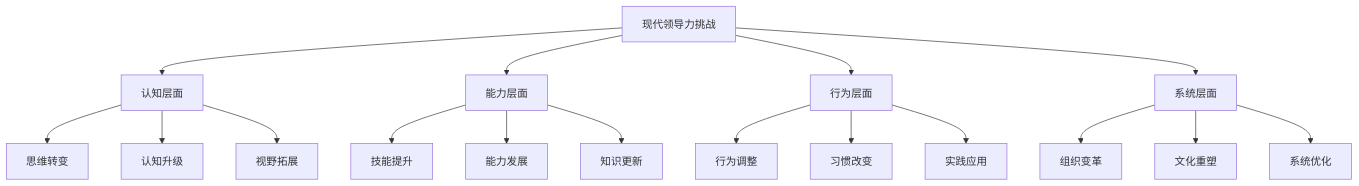
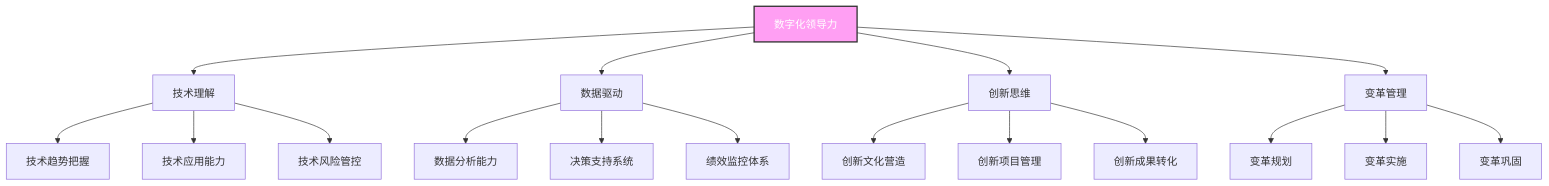
Before and after one commit to Anping2017/obsidian: the sixth of 9 diagrams in 企业领导力/01-基础认知层/04-现代领导力挑战.md, drawn with Mermaid. The commit also changed other lines of this file and 8 other files, not shown here.

````diff
--- a/企业领导力/01-基础认知层/04-现代领导力挑战.md
+++ b/企业领导力/01-基础认知层/04-现代领导力挑战.md
@@ -186,23 +177,25 @@
 ```mermaid
 graph TD
-    A[现代领导力挑战] --> B[认知层面]
-    A --> C[能力层面]
-    A --> D[行为层面]
-    A --> E[系统层面]
+    A[数字化领导力] --> B[技术理解]
+    A --> C[数据驱动]
+    A --> D[创新思维]
+    A --> E[变革管理]
     
-    B --> B1[思维转变]
-    B --> B2[认知升级]
-    B --> B3[视野拓展]
+    B --> B1[技术趋势把握]
+    B --> B2[技术应用能力]
+    B --> B3[技术风险管控]
     
-    C --> C1[技能提升]
-    C --> C2[能力发展]
-    C --> C3[知识更新]
+    C --> C1[数据分析能力]
+    C --> C2[决策支持系统]
+    C --> C3[绩效监控体系]
     
-    D --> D1[行为调整]
-    D --> D2[习惯改变]
-    D --> D3[实践应用]
+    D --> D1[创新文化营造]
+    D --> D2[创新项目管理]
+    D --> D3[创新成果转化]
     
-    E --> E1[组织变革]
-    E --> E2[文化重塑]
-    E --> E3[系统优化]
+    E --> E1[变革规划]
+    E --> E2[变革实施]
+    E --> E3[变革巩固]
+    
+    style A fill:#ff9ff3,stroke:#333,stroke-width:2px,color:#fff
 ```
````
